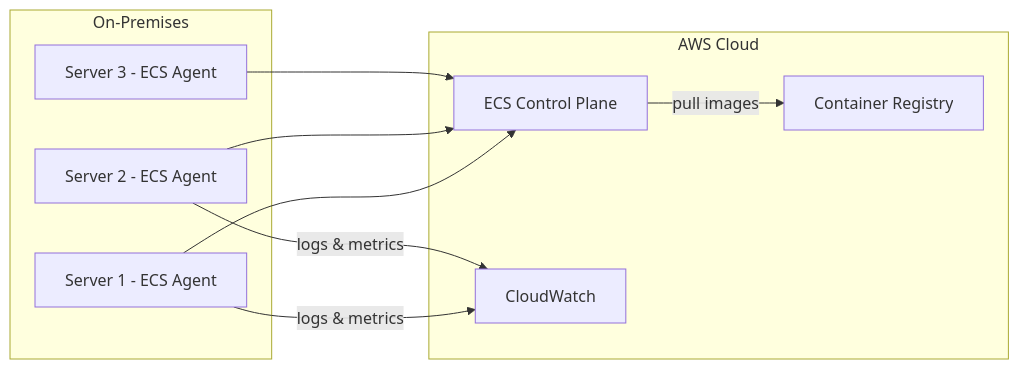
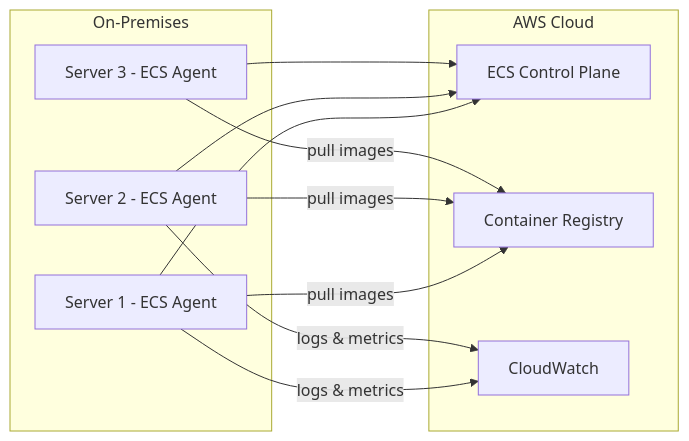
The diagram in posts/2026-02-12-ecs-anywhere-hybrid-deployments/README.md (OneUptime/blog), drawn with Mermaid before and after one commit. The commit also changed other lines of this file and 2 other files, not shown here.

````diff
--- a/posts/2026-02-12-ecs-anywhere-hybrid-deployments/README.md
+++ b/posts/2026-02-12-ecs-anywhere-hybrid-deployments/README.md
@@ -22,16 +22,18 @@
 ```mermaid
 graph LR
     subgraph "AWS Cloud"
     CP[ECS Control Plane]
     ECR[Container Registry]
     CW[CloudWatch]
     end
     subgraph "On-Premises"
     S1[Server 1 - ECS Agent] --> CP
     S2[Server 2 - ECS Agent] --> CP
     S3[Server 3 - ECS Agent] --> CP
     end
-    CP -->|pull images| ECR
+    S1 -->|pull images| ECR
+    S2 -->|pull images| ECR
+    S3 -->|pull images| ECR
     S1 -->|logs & metrics| CW
     S2 -->|logs & metrics| CW
 ```
````
